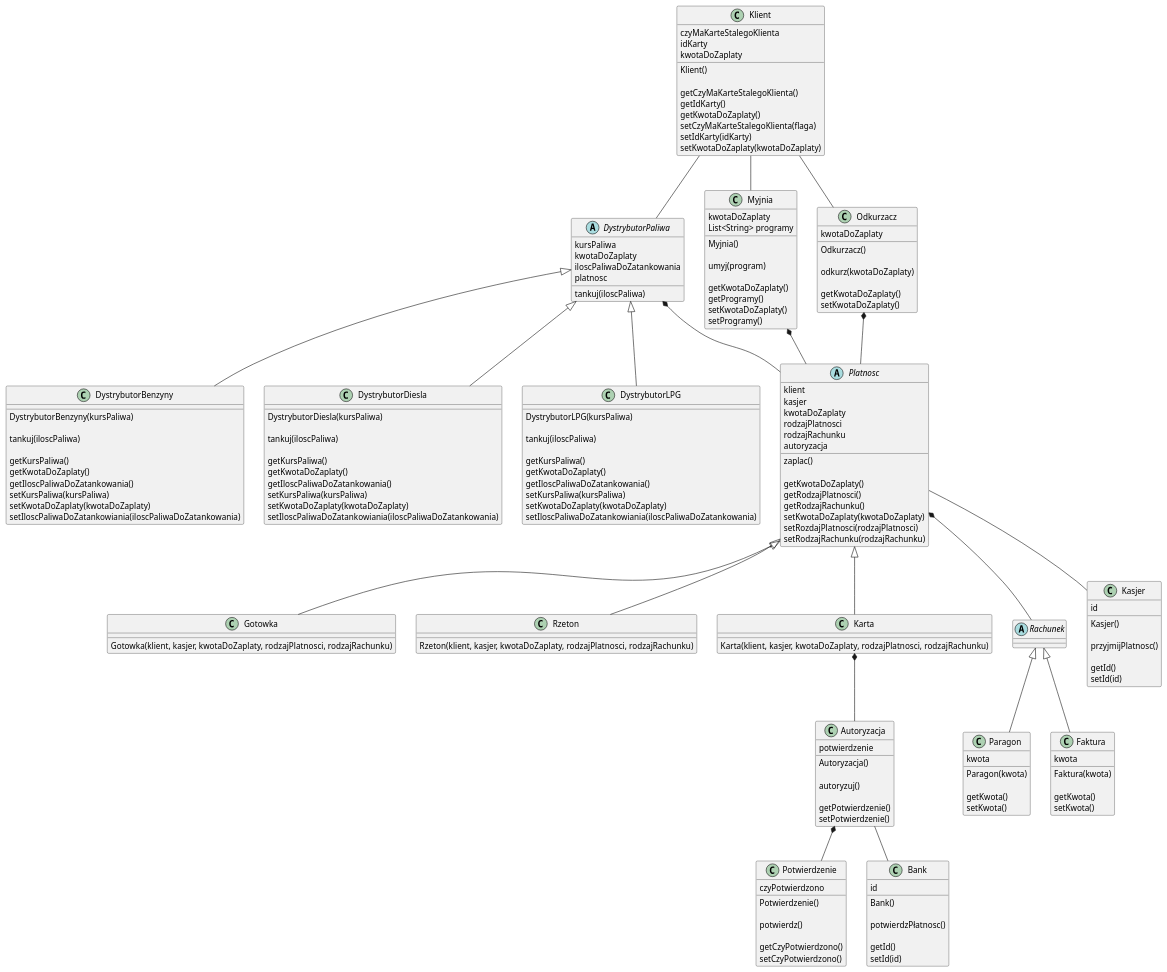
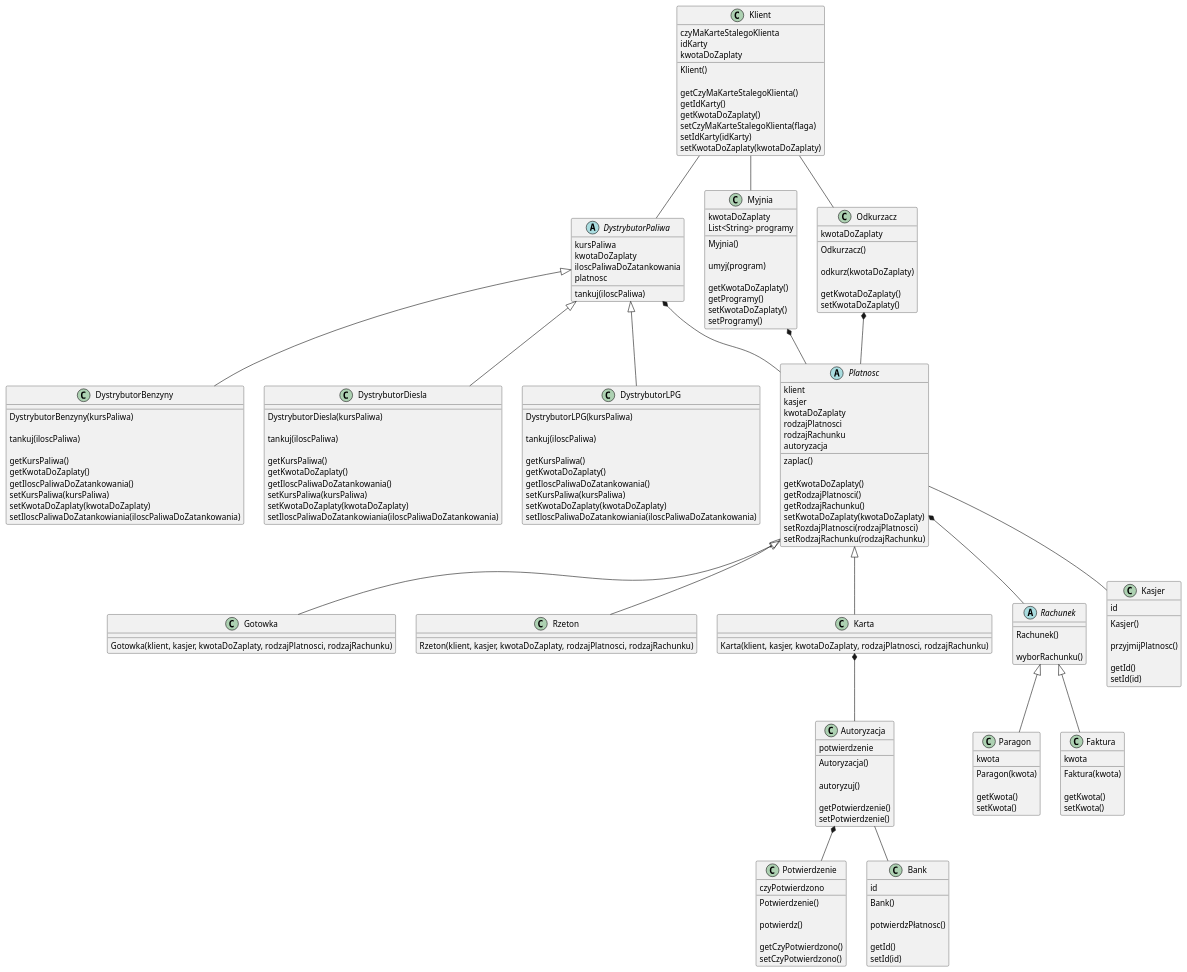
One commit to TheLongDistanceRunner2/ProjektowanieObiektowe2021 changed the diagram in STACJA_PALIW_CLASS_DIAGRAM.plantuml. Above: the diagram before and after it, drawn with PlantUML. The commit also changed 1 other file, not shown here.

Commit message:
Sequence diagram in progress

```diff
--- a/STACJA_PALIW_CLASS_DIAGRAM.plantuml
+++ b/STACJA_PALIW_CLASS_DIAGRAM.plantuml
@@ -141,7 +141,9 @@
 }
 
 abstract class Rachunek {
+    Rachunek()
 
+    wyborRachunku()
 }
 
 class Paragon {
```
